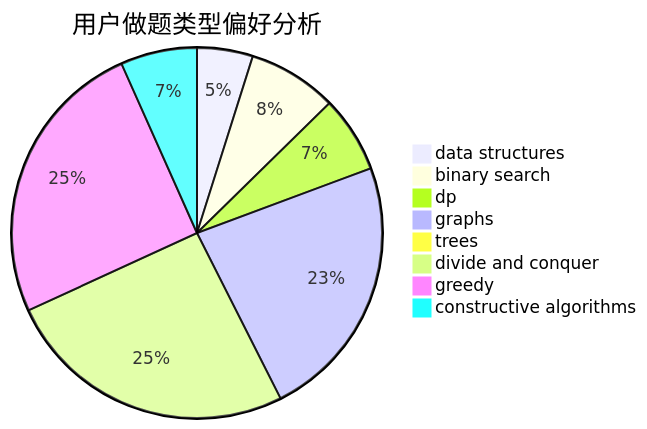
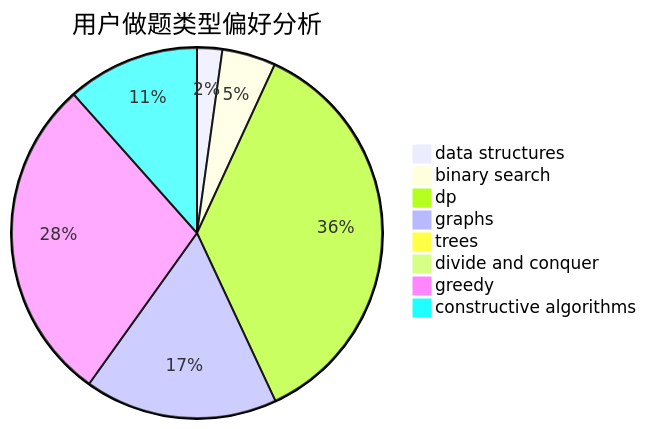
Before and after one commit to sherpahu/cfrs.github.io: the second of 3 diagrams in docs/user/u440.md, drawn with Mermaid. The commit also changed other lines of this file and 2770 other files, not shown here.

````diff
--- a/docs/user/u440.md
+++ b/docs/user/u440.md
@@ -23,11 +23,11 @@
 ```mermaid
 pie title 用户做题类型偏好分析
-    "data structures" :  35
-    "binary search" :  56
-    "dp" :  48
-    "graphs" :  167
-    "trees" :  5
-    "divide and conquer" :  184
-    "greedy" :  181
-    "constructive algorithms" :  48
+    "data structures" :  15
+    "binary search" :  32
+    "dp" :  247
+    "graphs" :  115
+    "trees" :  3
+    "divide and conquer" :  2
+    "greedy" :  195
+    "constructive algorithms" :  79
 ```
````
